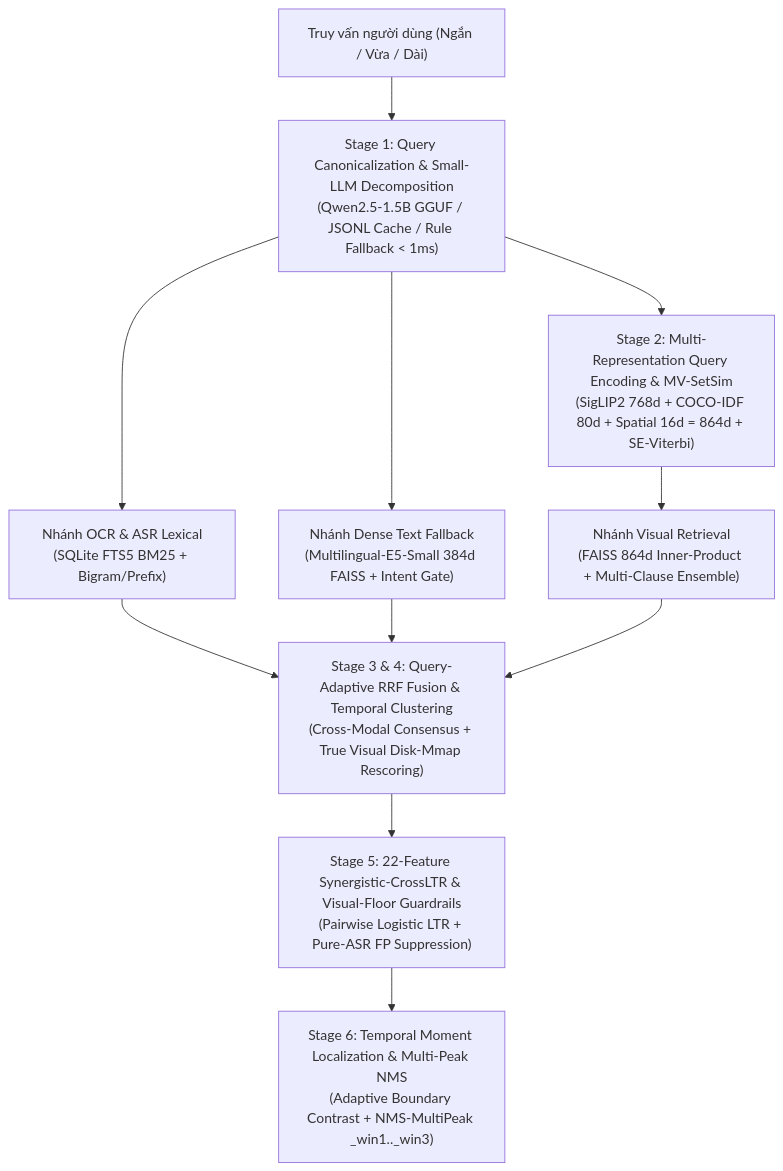
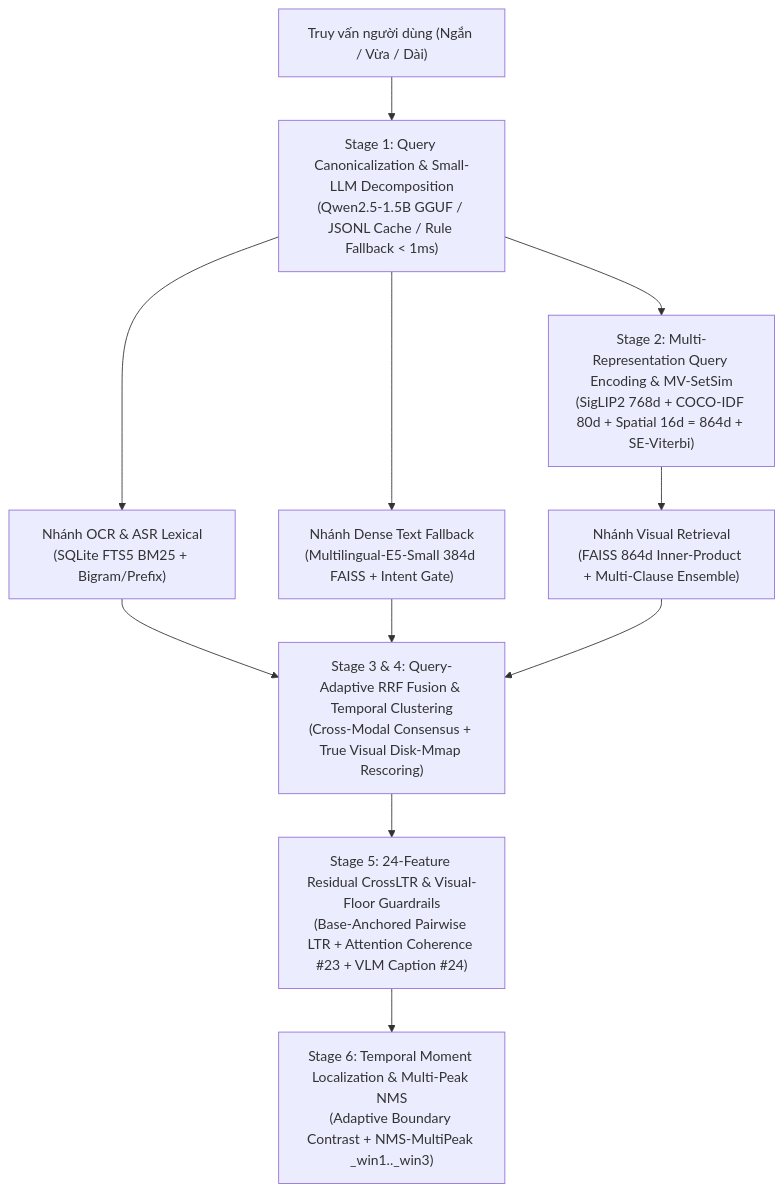
One commit to LongLeVuHuy/VIDENTRA changed the diagram in README.md. Above: the diagram before and after it, drawn with Mermaid. The commit also changed other lines of this file, not shown here.

Commit message:
docs(readme): sync README with Phase 9 audit fixes, real OCR/ASR, 24d OOF LTR, and HTTP 206 UI

````diff
--- a/README.md
+++ b/README.md
@@ -47,11 +47,11 @@
 ```mermaid
 flowchart TD
     Q["Truy vấn người dùng (Ngắn / Vừa / Dài)"] --> S1["Stage 1: Query Canonicalization & Small-LLM Decomposition<br/>(Qwen2.5-1.5B GGUF / JSONL Cache / Rule Fallback < 1ms)"]
     S1 --> S2["Stage 2: Multi-Representation Query Encoding & MV-SetSim<br/>(SigLIP2 768d + COCO-IDF 80d + Spatial 16d = 864d + SE-Viterbi)"]
     S1 --> S3A["Nhánh OCR & ASR Lexical<br/>(SQLite FTS5 BM25 + Bigram/Prefix)"]
     S1 --> S3B["Nhánh Dense Text Fallback<br/>(Multilingual-E5-Small 384d FAISS + Intent Gate)"]
     S2 --> S3C["Nhánh Visual Retrieval<br/>(FAISS 864d Inner-Product + Multi-Clause Ensemble)"]
     S3A & S3B & S3C --> S4["Stage 3 & 4: Query-Adaptive RRF Fusion & Temporal Clustering<br/>(Cross-Modal Consensus + True Visual Disk-Mmap Rescoring)"]
-    S4 --> S5["Stage 5: 22-Feature Synergistic-CrossLTR & Visual-Floor Guardrails<br/>(Pairwise Logistic LTR + Pure-ASR FP Suppression)"]
+    S4 --> S5["Stage 5: 24-Feature Residual CrossLTR & Visual-Floor Guardrails<br/>(Base-Anchored Pairwise LTR + Attention Coherence #23 + VLM Caption #24)"]
     S5 --> S6["Stage 6: Temporal Moment Localization & Multi-Peak NMS<br/>(Adaptive Boundary Contrast + NMS-MultiPeak _win1.._win3)"]
 ```
````
